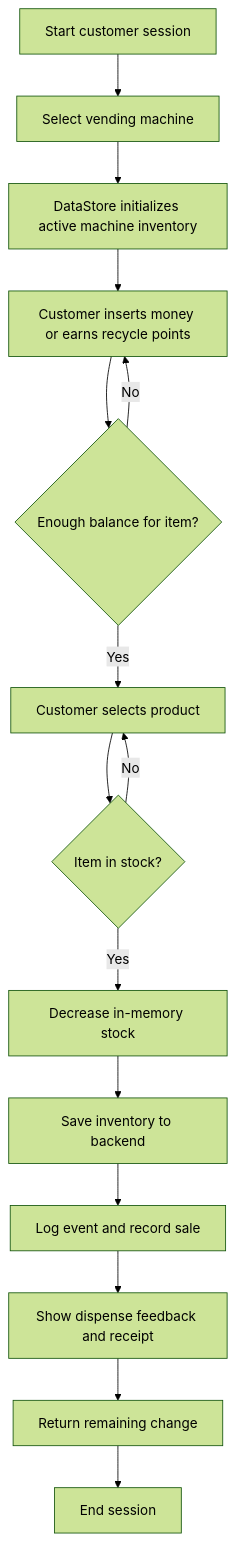
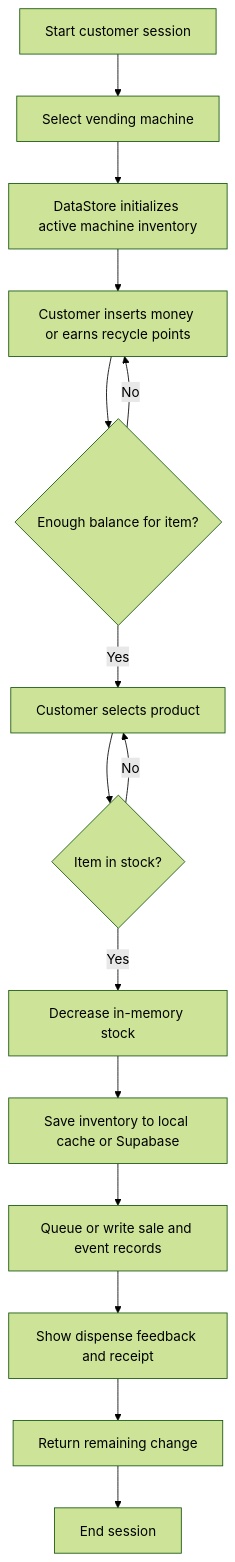
One commit to SeanixReal/Eco-Matic-WPF-Supabase changed the third of 3 diagrams in docs/DIAGRAMS.md. Above: the diagram before and after it, drawn with Mermaid (forest theme). The commit also changed other lines of this file and 80 other files, not shown here.

````diff
--- a/docs/DIAGRAMS.md
+++ b/docs/DIAGRAMS.md
@@ -306,17 +402,17 @@
 ```mermaid
 graph TD
     A[Start customer session] --> B[Select vending machine]
     B --> C[DataStore initializes active machine inventory]
     C --> D[Customer inserts money or earns recycle points]
     D --> E{Enough balance for item?}
     E -- No --> D
     E -- Yes --> F[Customer selects product]
     F --> G{Item in stock?}
     G -- No --> F
     G -- Yes --> H[Decrease in-memory stock]
-    H --> I[Save inventory to backend]
-    I --> J[Log event and record sale]
+    H --> I[Save inventory to local cache or Supabase]
+    I --> J[Queue or write sale and event records]
     J --> K[Show dispense feedback and receipt]
     K --> L[Return remaining change]
     L --> M[End session]
 ```
````
